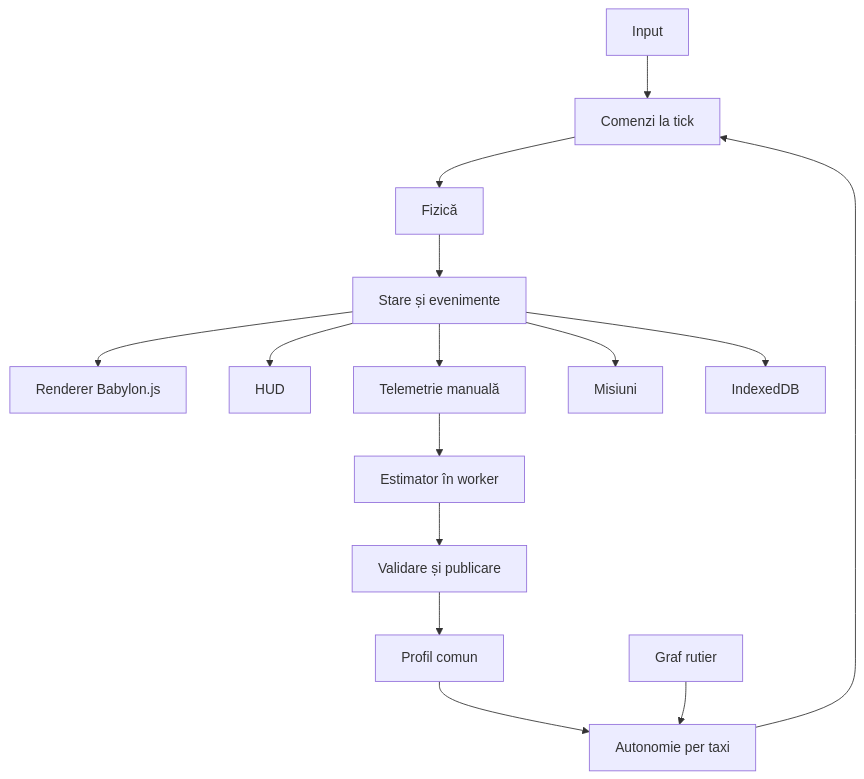
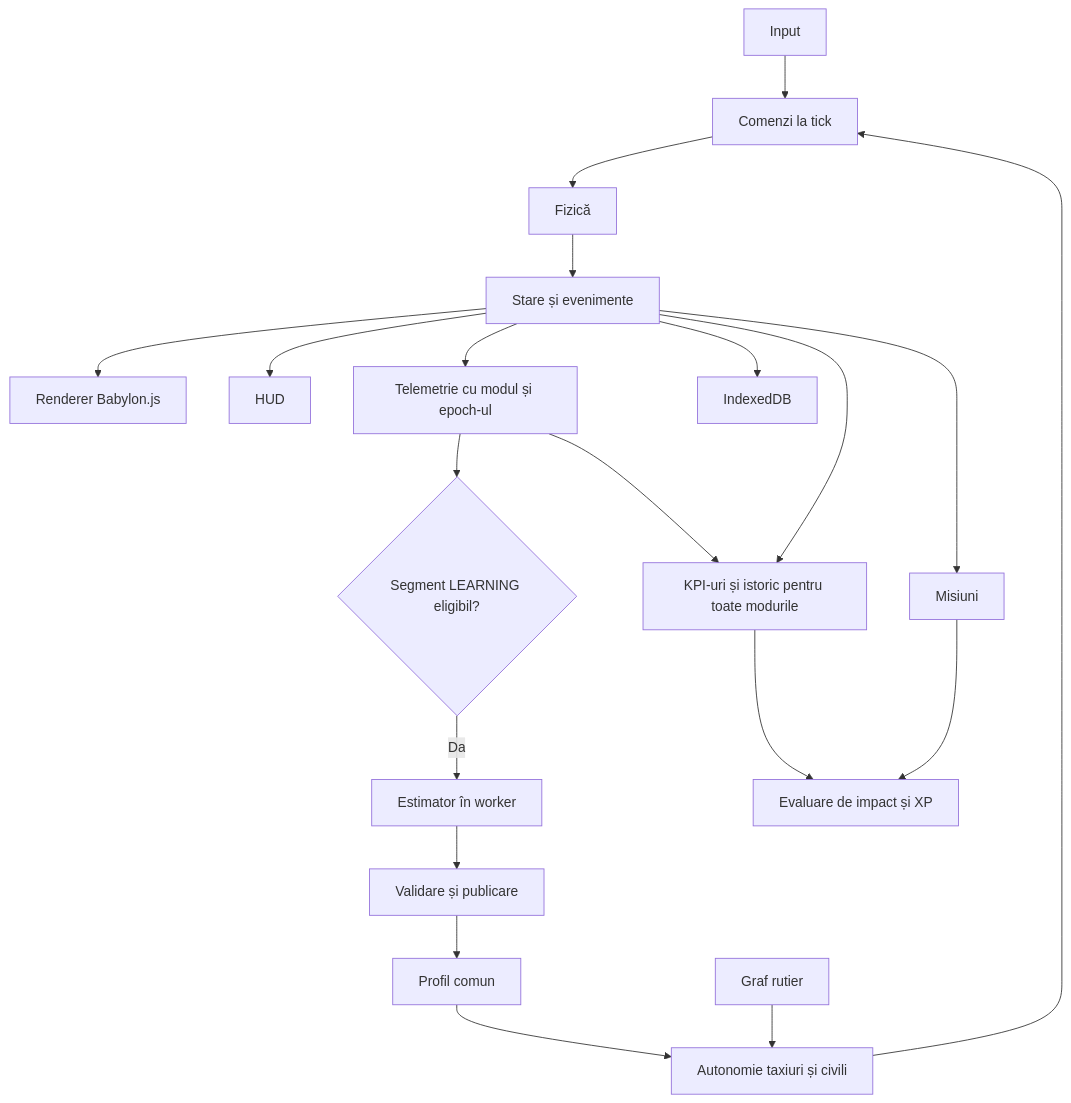
One commit to AndreiTelteu/self-driving-academy changed the diagram in Docs/02-arhitectura-si-contracte.md. Above: the diagram before and after it, drawn with Mermaid. The commit also changed other lines of this file and 117 other files, not shown here.

````diff
--- a/Docs/02-arhitectura-si-contracte.md
+++ b/Docs/02-arhitectura-si-contracte.md
@@ -47,17 +50,22 @@
 ```mermaid
 flowchart TD
   Input[Input] --> Commands[Comenzi la tick]
-  Profiles[Profil comun] --> AI[Autonomie per taxi]
+  Profiles[Profil comun] --> AI[Autonomie taxiuri și civili]
   World[Graf rutier] --> AI
   AI --> Commands
   Commands --> Physics[Fizică]
   Physics --> Snapshot[Stare și evenimente]
   Snapshot --> Babylon[Renderer Babylon.js]
   Snapshot --> UI[HUD]
-  Snapshot --> Telemetry[Telemetrie manuală]
-  Telemetry --> Learning[Estimator în worker]
+  Snapshot --> Telemetry[Telemetrie cu modul și epoch-ul]
+  Telemetry --> Eligible{Segment LEARNING eligibil?}
+  Eligible -->|Da| Learning[Estimator în worker]
+  Telemetry --> Metrics[KPI-uri și istoric pentru toate modurile]
   Learning --> Publish[Validare și publicare]
   Publish --> Profiles
   Snapshot --> Missions[Misiuni]
+  Snapshot --> Metrics
+  Metrics --> Progress[Evaluare de impact și XP]
+  Missions --> Progress
   Snapshot --> Save[IndexedDB]
 ```
````
